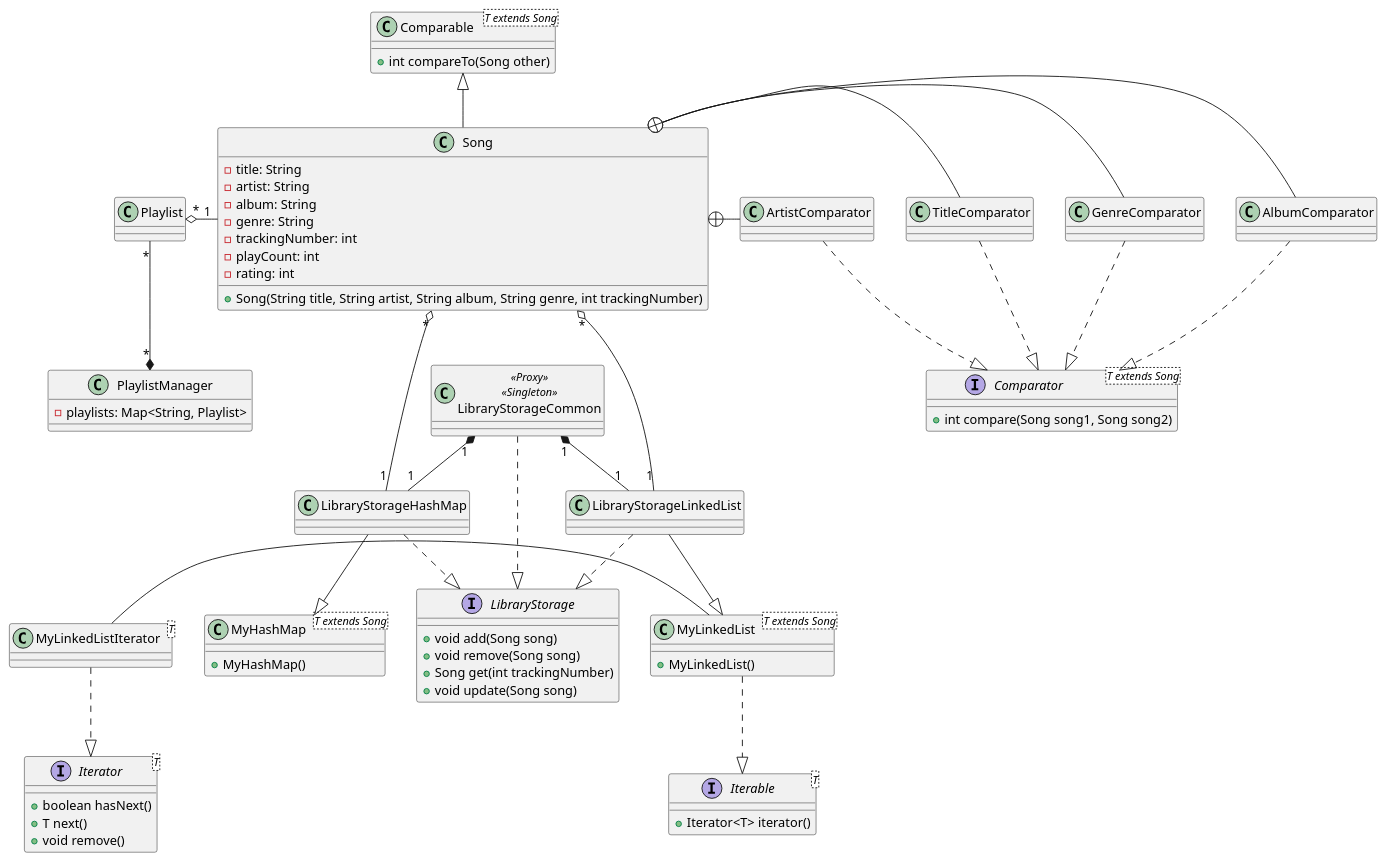
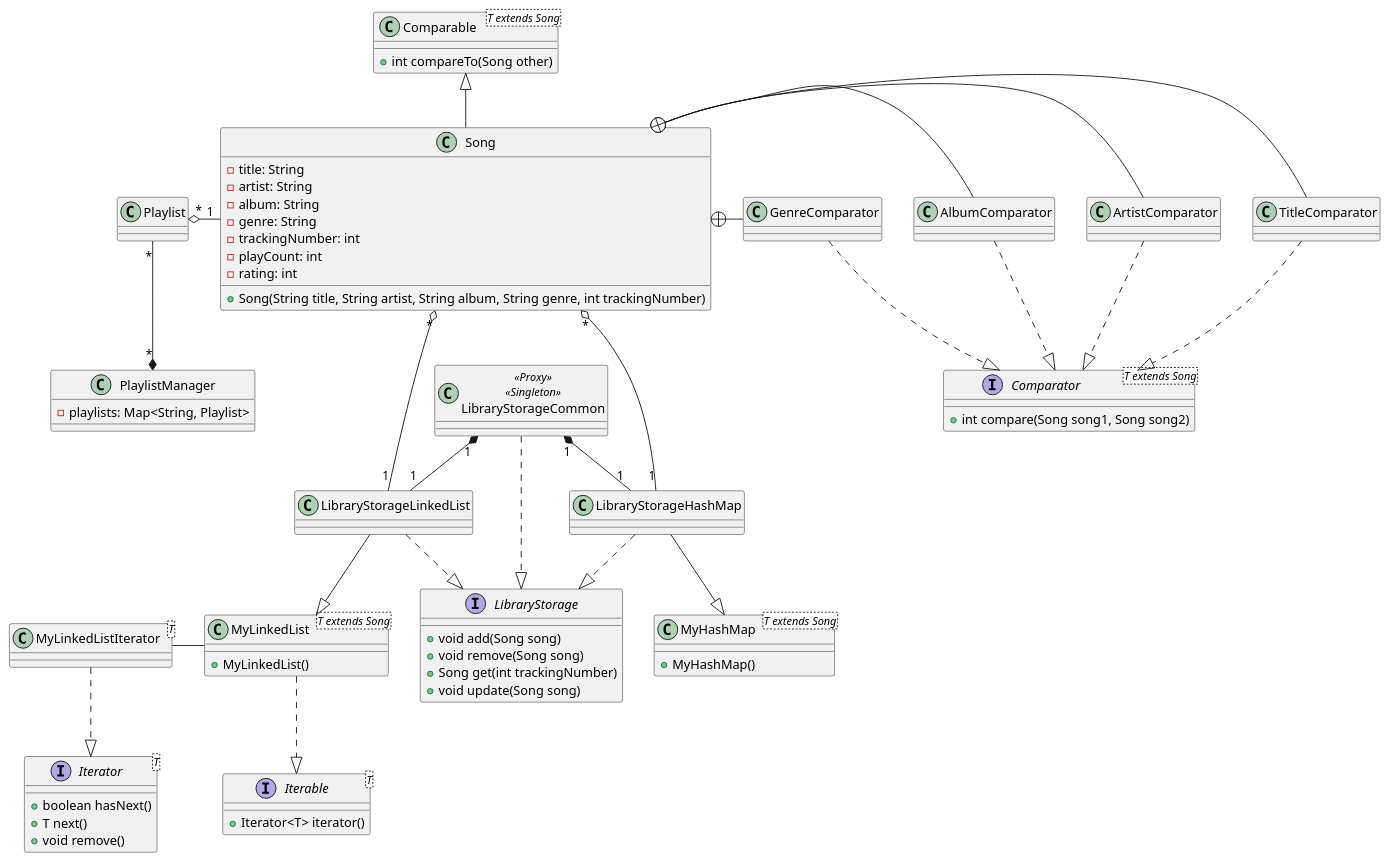
The diagram in uml/library.puml (sinux-l5d/music-manager), drawn with PlantUML before and after one commit. The commit also changed other lines of this file, not shown here.

Commit message:
doc: rearange uml

```diff
--- a/uml/library.puml
+++ b/uml/library.puml
@@ -1,98 +1,98 @@
 @startuml
 
 'Relationships
 LibraryStorageCommon "1" *-- "1" LibraryStorageLinkedList
 LibraryStorageCommon "1" *-- "1" LibraryStorageHashMap
 LibraryStorageCommon ..|> LibraryStorage
-
-MyLinkedListIterator - MyLinkedList
-MyLinkedListIterator ..|> Iterator
-MyLinkedList ..|> Iterable
 
 Playlist "*" --* "*" PlaylistManager
 Playlist "*" o- "1" Song
 
 LibraryStorageHashMap ..|> LibraryStorage
 LibraryStorageHashMap --|> MyHashMap
 Song "*" o--- "1" LibraryStorageHashMap
 
 LibraryStorageLinkedList ..|> LibraryStorage
 LibraryStorageLinkedList --|> MyLinkedList
 Song "*" o--- "1" LibraryStorageLinkedList
+
+MyLinkedListIterator - MyLinkedList
+MyLinkedListIterator ..|> Iterator
+MyLinkedList ..|> Iterable
 
 Comparable <|-- Song
 
 TitleComparator ..|> Comparator
 Song +- TitleComparator
 ArtistComparator ..|> Comparator
 Song +- ArtistComparator
 AlbumComparator ..|> Comparator
 Song +- AlbumComparator
 GenreComparator ..|> Comparator
 Song +- GenreComparator
 
 
 class Comparable<T extends Song> {
     + int compareTo(Song other)
 }
 
 interface Comparator<T extends Song> {
     + int compare(Song song1, Song song2)
 }
 
 class LibraryStorageCommon <<Proxy>> <<Singleton>>
 
 interface LibraryStorage {
     + void add(Song song)
     + void remove(Song song)
     + Song get(int trackingNumber)
     + void update(Song song)
 }
 
 'Linked list
 class LibraryStorageLinkedList
 
 class MyLinkedList<T extends Song> {
     + MyLinkedList()
 }
 
 class MyLinkedListIterator<T>
 
 interface Iterable<T> {
     + Iterator<T> iterator()
 }
 
 interface Iterator<T> {
     + boolean hasNext()
     + T next()
     + void remove()
 }
 
 'Hash map
 
 class LibraryStorageHashMap
 
 class MyHashMap<T extends Song> {
     + MyHashMap()
 }
 
 'Song
 
 class Song {
     - title: String
     - artist: String
     - album: String
     - genre: String
     - trackingNumber: int
     - playCount: int
     - rating: int
     + Song(String title, String artist, String album, String genre, int trackingNumber)
 }
 
 'Playlists
 
 class PlaylistManager {
     - playlists: Map<String, Playlist>
 }
 
 @enduml
```
